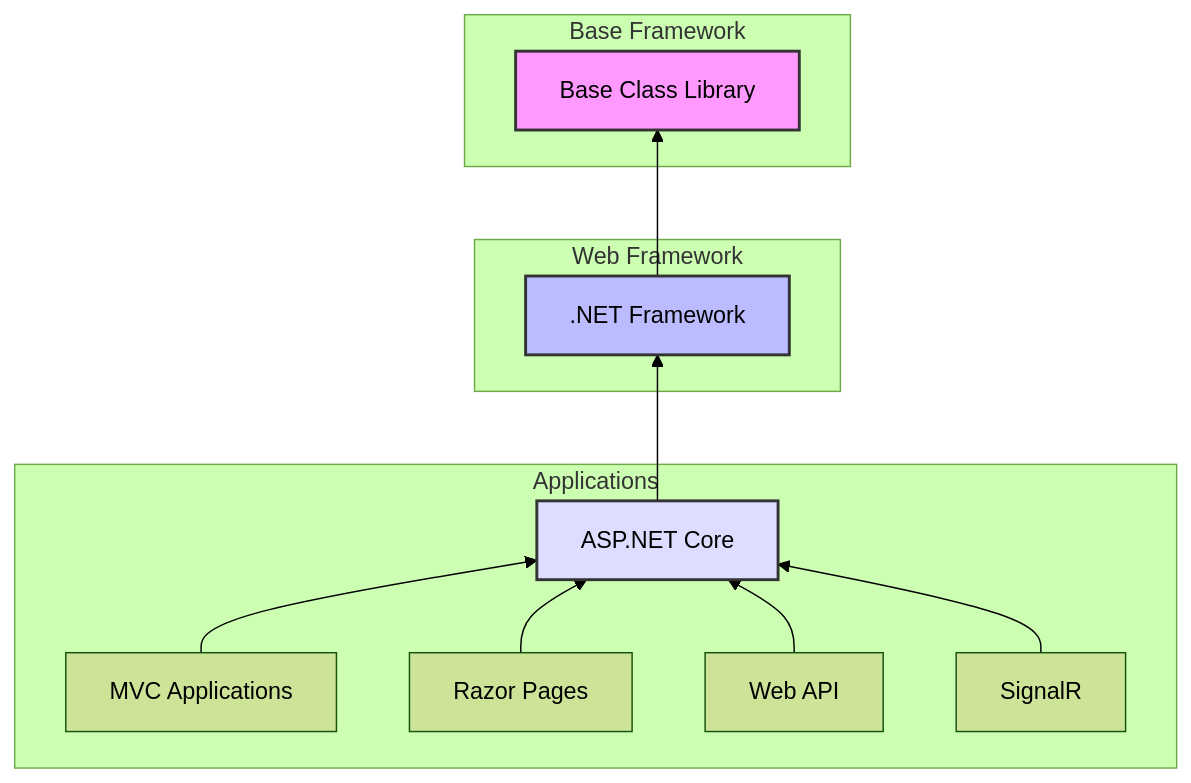
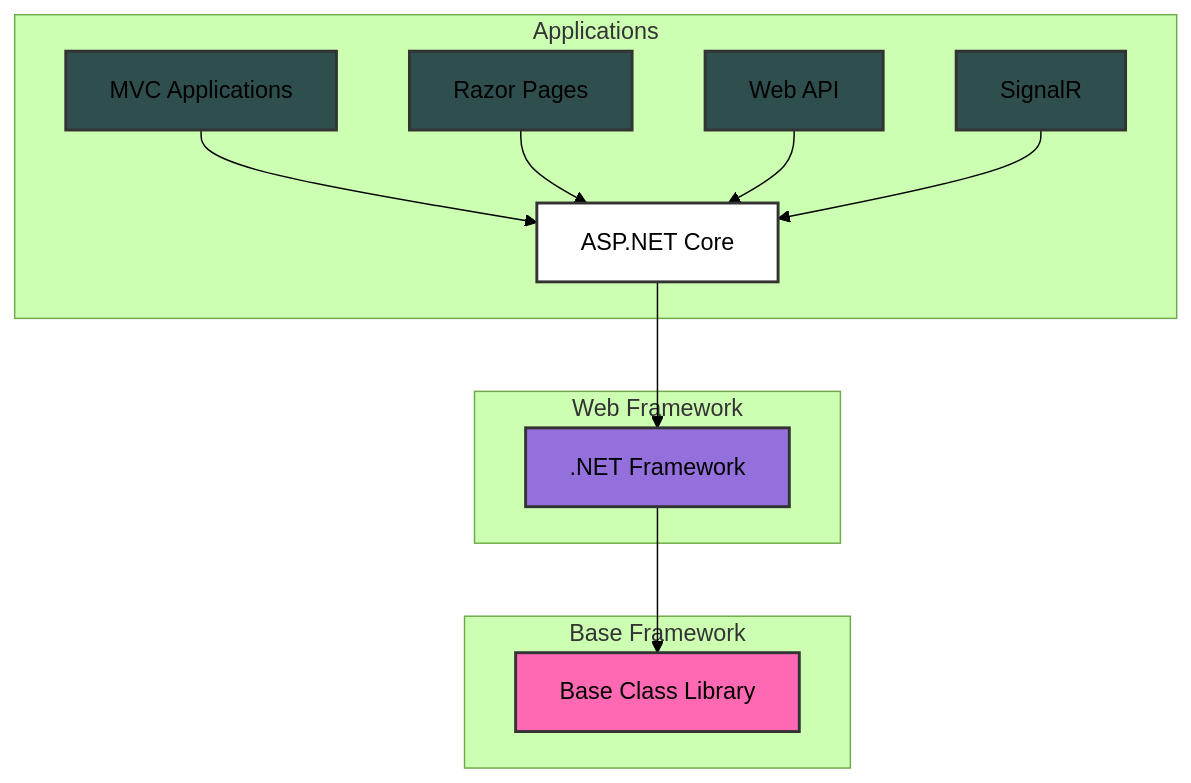
One commit to Moemen99/ASP.NET-MVC-01 changed the fourth of 4 diagrams in README.md. Above: the diagram before and after it, drawn with Mermaid (forest theme).

````diff
--- a/README.md
+++ b/README.md
@@ -550,22 +550,26 @@
 ```mermaid
-graph BT
-    subgraph "Applications"
-        MVC["MVC Applications"] --> ASP
-        RP["Razor Pages"] --> ASP
-        WA["Web API"] --> ASP
-        SR["SignalR"] --> ASP
+graph TD
+    subgraph "Base Framework"
+        BCL["Base Class Library"]
     end
 
     subgraph "Web Framework"
-        ASP["ASP.NET Core"] --> DN
+        NF[".NET Framework"] --> BCL
     end
 
-    subgraph "Base Framework"
-        DN[".NET Framework"] --> BCL
-        BCL["Base Class Library"]
+    subgraph "Applications"
+        AC["ASP.NET Core"] --> NF
+        MVC["MVC Applications"] --> AC
+        RP["Razor Pages"] --> AC
+        WA["Web API"] --> AC
+        SR["SignalR"] --> AC
     end
 
-    style BCL fill:#f9f,stroke:#333,stroke-width:2px
-    style DN fill:#bbf,stroke:#333,stroke-width:2px
-    style ASP fill:#ddf,stroke:#333,stroke-width:2px
+    style BCL fill:#ff69b4,stroke:#333,stroke-width:2px
+    style NF fill:#9370db,stroke:#333,stroke-width:2px
+    style AC fill:#ffffff,stroke:#333,stroke-width:2px
+    style MVC fill:#2f4f4f,stroke:#333,stroke-width:2px
+    style RP fill:#2f4f4f,stroke:#333,stroke-width:2px
+    style WA fill:#2f4f4f,stroke:#333,stroke-width:2px
+    style SR fill:#2f4f4f,stroke:#333,stroke-width:2px
 ```
````
